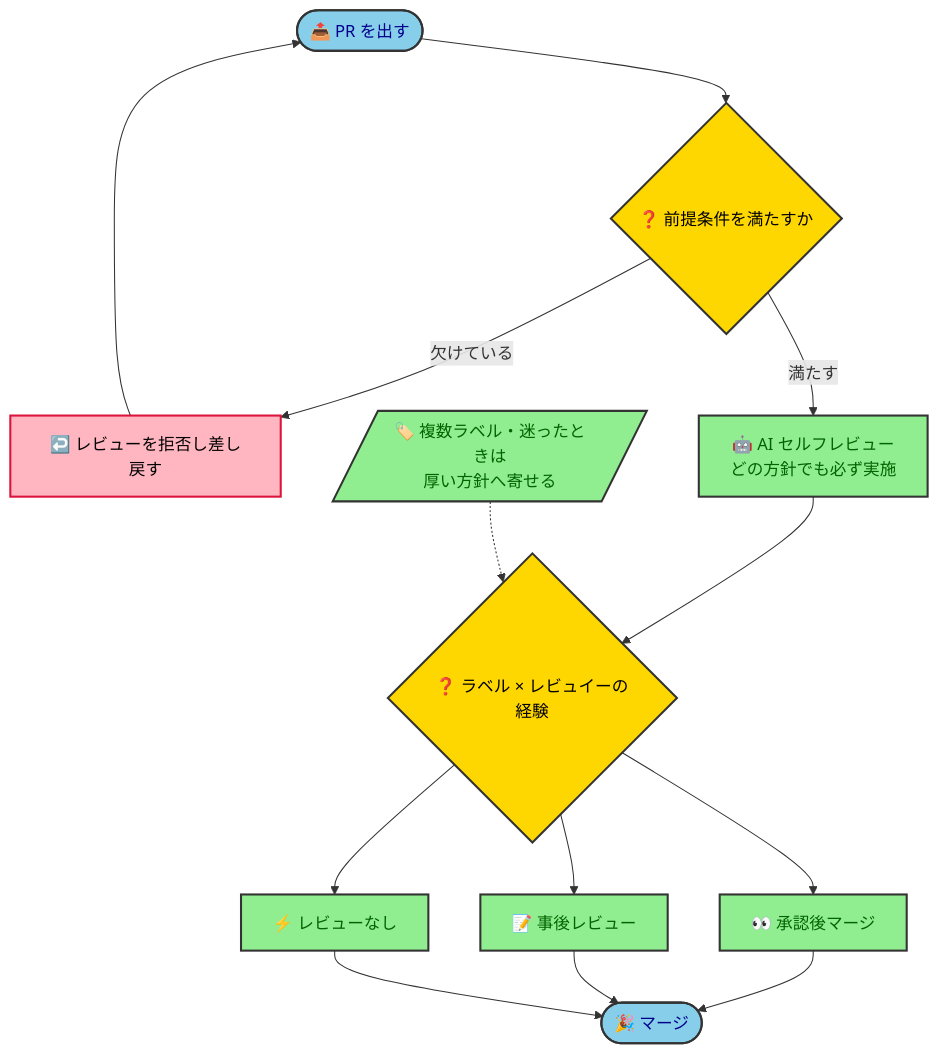
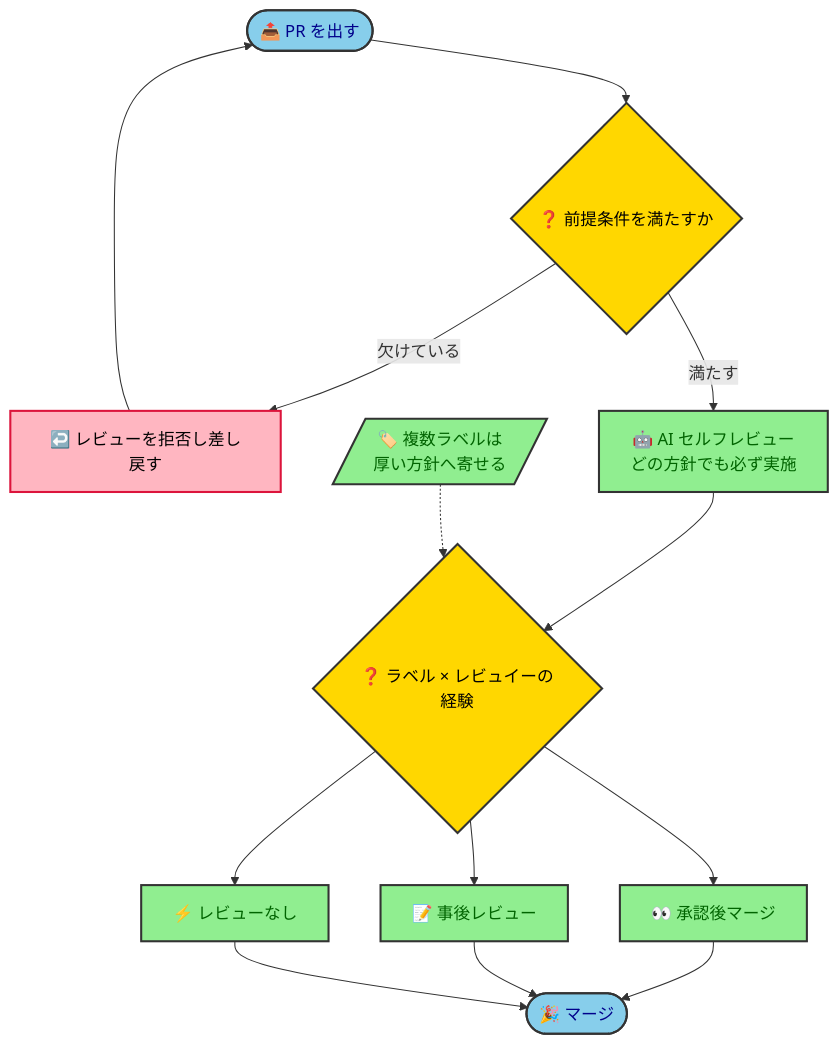
Before and after one commit to kasiopeiya/claude-dev-template: the diagram in docs/policy/pr-review-policy.md, drawn with Mermaid. The commit also changed other lines of this file and 2 other files, not shown here.

````diff
--- a/docs/policy/pr-review-policy.md
+++ b/docs/policy/pr-review-policy.md
@@ -134,25 +142,25 @@
 ```mermaid
 flowchart TD
     PR([📤 PR を出す]) --> Gate{❓ 前提条件を満たすか}
     Gate -->|欠けている| Reject[↩️ レビューを拒否し差し戻す]
     Reject --> PR
     Gate -->|満たす| AI[🤖 AI セルフレビュー<br/>どの方針でも必ず実施]
     AI --> Decide{❓ ラベル × レビュイーの経験}
     Decide --> Thick[👀 承認後マージ]
     Decide --> Mid[📝 事後レビュー]
     Decide --> Thin[⚡ レビューなし]
     Thick --> Merge([🎉 マージ])
     Mid --> Merge
     Thin --> Merge
-    Multi[/🏷️ 複数ラベル・迷ったときは<br/>厚い方針へ寄せる/] -.-> Decide
+    Multi[/🏷️ 複数ラベルは<br/>厚い方針へ寄せる/] -.-> Decide
 
     classDef step fill:#90EE90,stroke:#333,stroke-width:2px,color:darkgreen
     classDef decision fill:#FFD700,stroke:#333,stroke-width:2px,color:black
     classDef terminal fill:#87CEEB,stroke:#333,stroke-width:2px,color:darkblue
     classDef warn fill:#FFB6C1,stroke:#DC143C,stroke-width:2px,color:black
 
     class AI,Thick,Mid,Thin,Multi step
     class Gate,Decide decision
     class PR,Merge terminal
     class Reject warn
 ```
````
